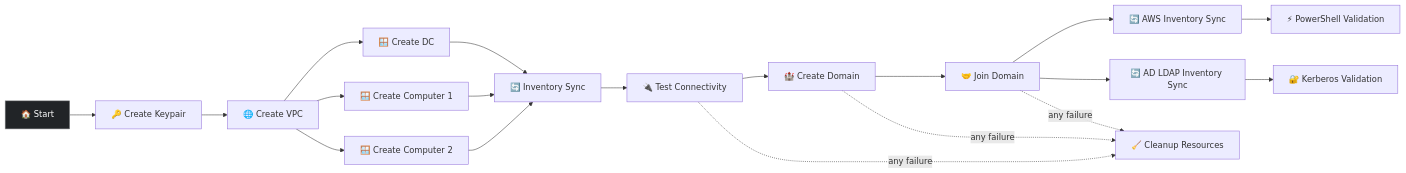
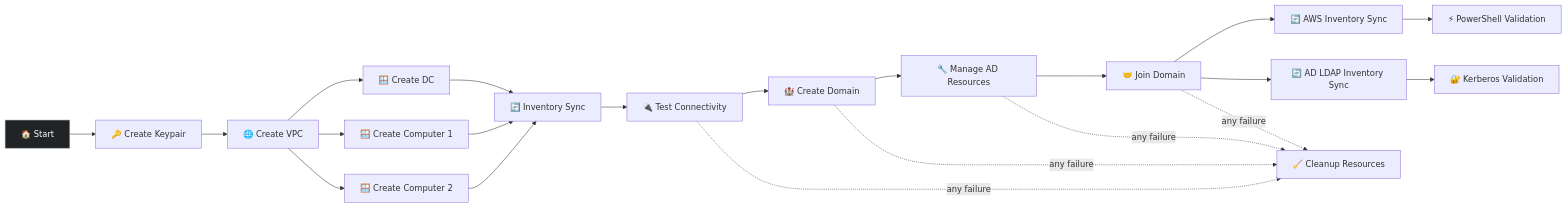
Before and after one commit to ansible/product-demos: the diagram in windows/docs/windows-setup-ad-domain.md, drawn with Mermaid. The commit also changed other lines of this file and 6 other files, not shown here.

Commit message:
add destroy windows workflow and manage ad resources node

````diff
--- a/windows/docs/windows-setup-ad-domain.md
+++ b/windows/docs/windows-setup-ad-domain.md
@@ -8,23 +8,25 @@
 ```mermaid
 graph LR
   S["🏠 Start"]
   S --> A
   A["🔑 Create Keypair"] --> B["🌐 Create VPC"]
   B --> C["🪟 Create DC"]
   B --> D["🪟 Create Computer 1"]
   B --> E["🪟 Create Computer 2"]
   C --> F["🔄 Inventory Sync"]
   D --> F
   E --> F
   F --> G["🔌 Test Connectivity"]
   G --> H["🏰 Create Domain"]
-  H --> I["🤝 Join Domain"]
+  H --> R["🔧 Manage AD Resources"]
+  R --> I["🤝 Join Domain"]
   I --> J["🔄 AWS Inventory Sync"]
   I --> N["🔄 AD LDAP Inventory Sync"]
   J --> K["⚡ PowerShell Validation"]
   N --> L["🔐 Kerberos Validation"]
   G -. "any failure" .-> M["🧹 Cleanup Resources"]
   H -. "any failure" .-> M
+  R -. "any failure" .-> M
   I -. "any failure" .-> M
   style S fill:#212427,stroke:#8a8d90,color:#fff
 ```
````
